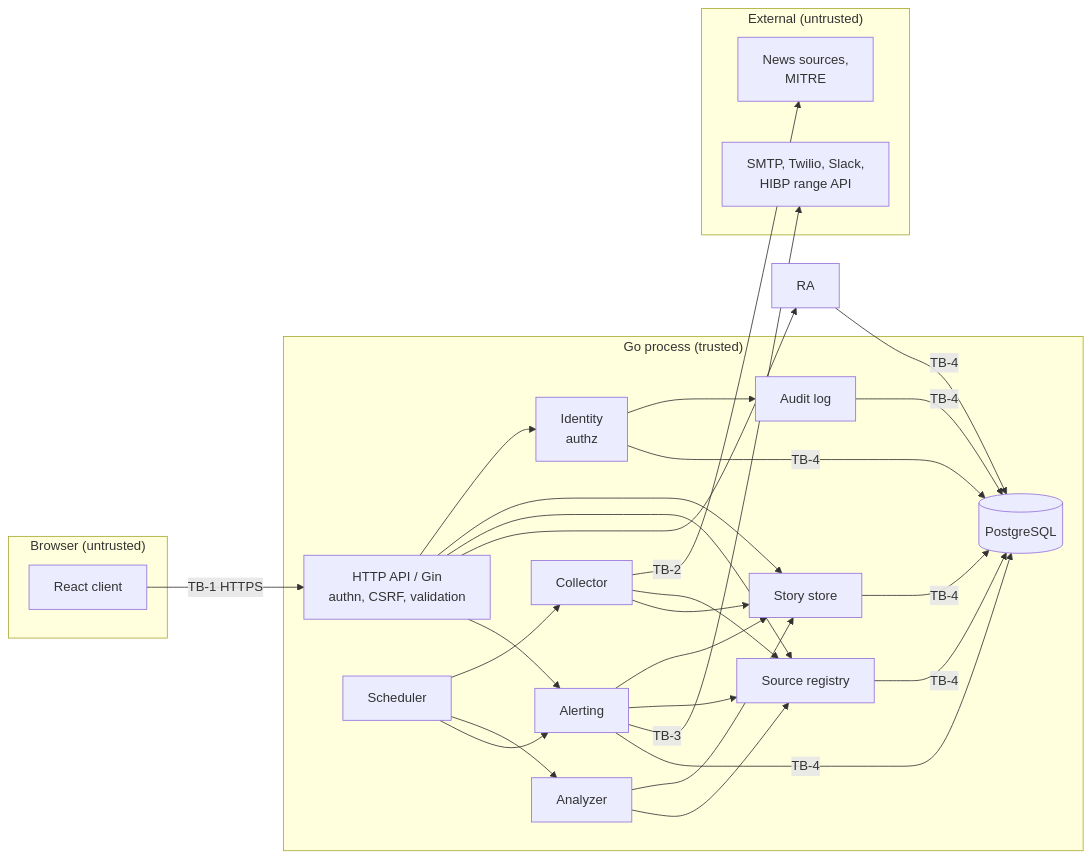
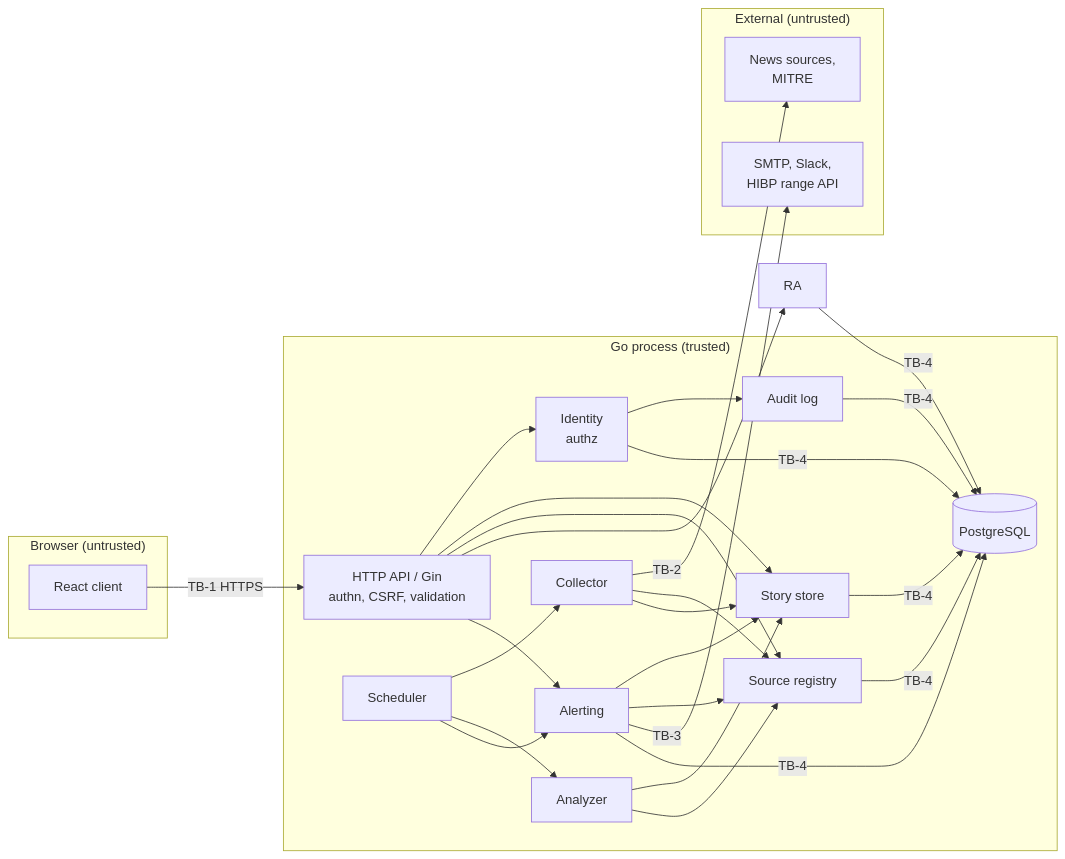
One commit to Dano-SanDog/good-morning-breach changed the diagram in ARCHITECTURE.md. Above: the diagram before and after it, drawn with Mermaid. The commit also changed other lines of this file and 20 other files, not shown here.

````diff
--- a/ARCHITECTURE.md
+++ b/ARCHITECTURE.md
@@ -112,33 +111,33 @@
 ```mermaid
 flowchart LR
   subgraph Browser["Browser (untrusted)"]
     UI[React client]
   end
   subgraph Server["Go process (trusted)"]
     API[HTTP API / Gin<br/>authn, CSRF, validation]
     ID[Identity<br/>authz]
     SR[Source registry]
     ST[Story store]
     AN[Analyzer]
     CO[Collector]
     AL[Alerting]
     AU[Audit log]
     SC[Scheduler]
     DB[(PostgreSQL)]
   end
   subgraph External["External (untrusted)"]
     SRC[News sources,<br/>MITRE]
-    PRV[SMTP, Twilio, Slack,<br/>HIBP range API]
+    PRV[SMTP, Slack,<br/>HIBP range API]
   end
   UI -- TB-1 HTTPS --> API
   API --> ID
   API --> ST & SR & RA & AL
   ID --> AU
   SC --> CO & AN & AL
   CO -- TB-2 --> SRC
   CO --> SR & ST
   AN --> ST & SR
   AL --> ST & SR
   AL -- TB-3 --> PRV
   ID & SR & ST & AL & RA & AU -- TB-4 --> DB
 ```
````
